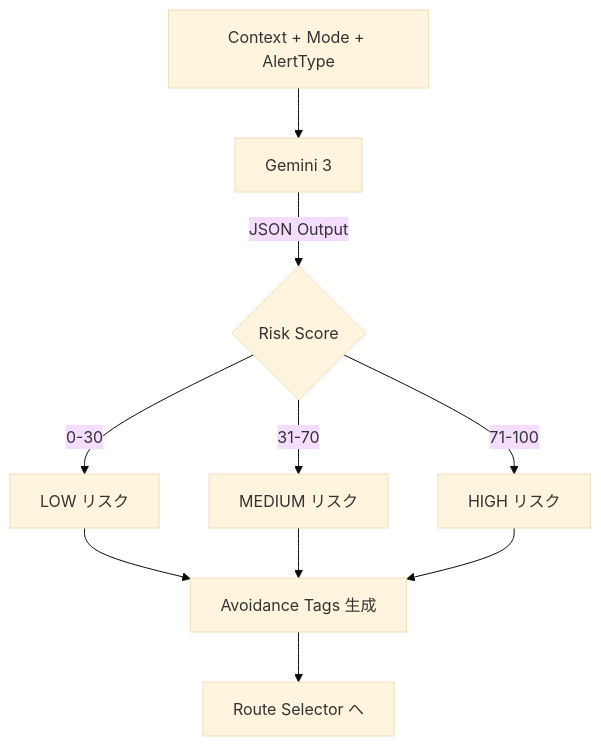
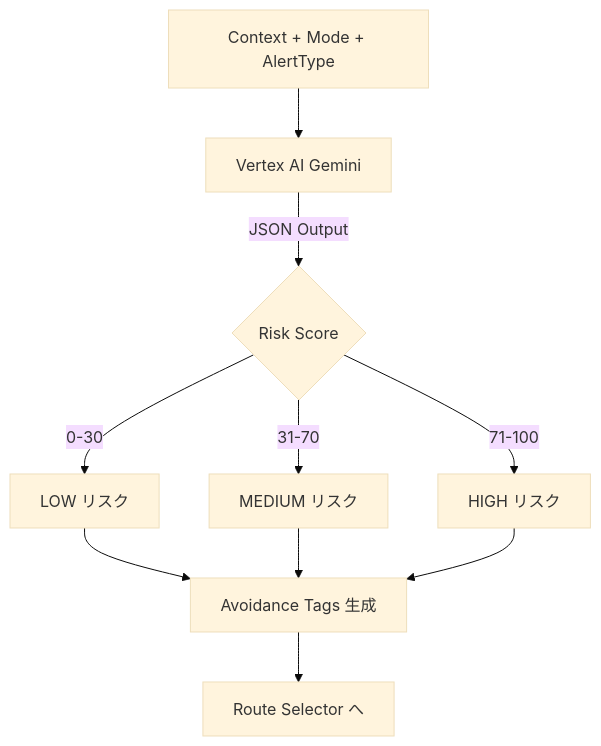
One commit to Ryg-appdev/safe-routing-ai-navigation changed the third of 6 diagrams in Docs/確定/05_詳細設計書.md. Above: the diagram before and after it, drawn with Mermaid (base theme). The commit also changed other lines of this file and 12 other files, not shown here.

````diff
--- a/Docs/確定/05_詳細設計書.md
+++ b/Docs/確定/05_詳細設計書.md
@@ -66,13 +66,13 @@
 ```mermaid
 flowchart TD
-    CTX["Context + Mode + AlertType"] --> G3["Gemini 3"]
+    CTX["Context + Mode + AlertType"] --> G3["Vertex AI Gemini"]
     G3 --> |JSON Output| RS{"Risk Score"}
     RS -->|0-30| LOW["LOW リスク"]
     RS -->|31-70| MED["MEDIUM リスク"]
     RS -->|71-100| HIGH["HIGH リスク"]
     
     LOW --> TAGS["Avoidance Tags 生成"]
     MED --> TAGS
     HIGH --> TAGS
     TAGS --> A3["Route Selector へ"]
 ```
````
